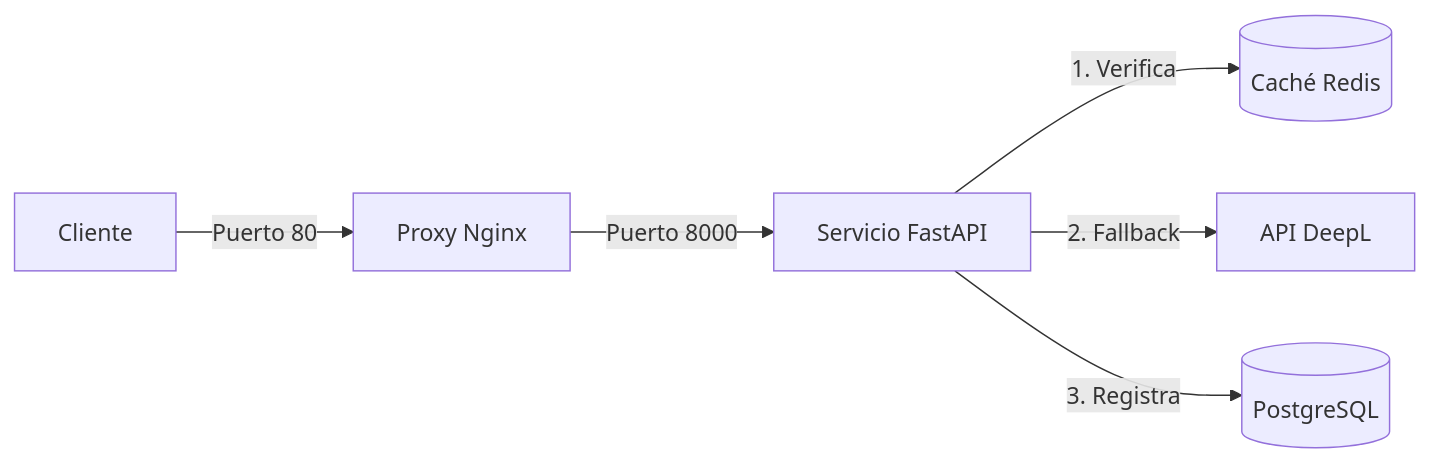
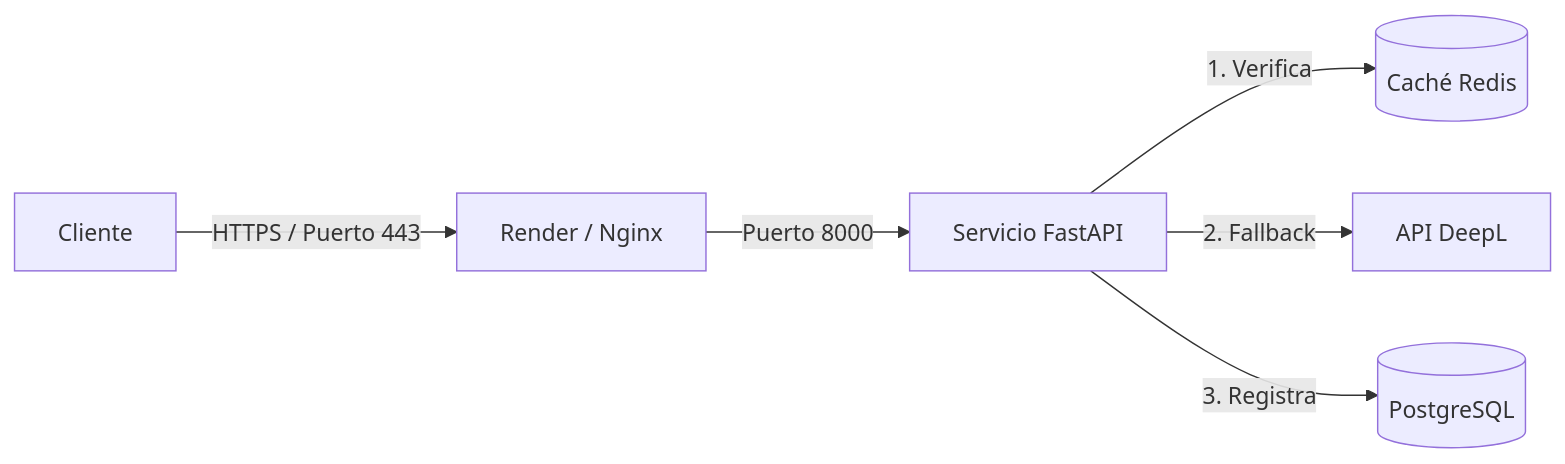
The diagram in README.md (TheMattGH/Smart-Translator-API), drawn with Mermaid before and after one commit. The commit also changed other lines of this file and 1 other file, not shown here.

````diff
--- a/README.md
+++ b/README.md
@@ -22,8 +29,8 @@
 ```mermaid
 graph LR
-    Client[Cliente] -->|Puerto 80| Nginx[Proxy Nginx]
-    Nginx -->|Puerto 8000| API[Servicio FastAPI]
+    Client[Cliente] -->|HTTPS / Puerto 443| Cloud[Render / Nginx]
+    Cloud -->|Puerto 8000| API[Servicio FastAPI]
     API -->|1. Verifica| Redis[(Caché Redis)]
     API -->|2. Fallback| DeepL[API DeepL]
     API -->|3. Registra| DB[(PostgreSQL)]
 ```
````
